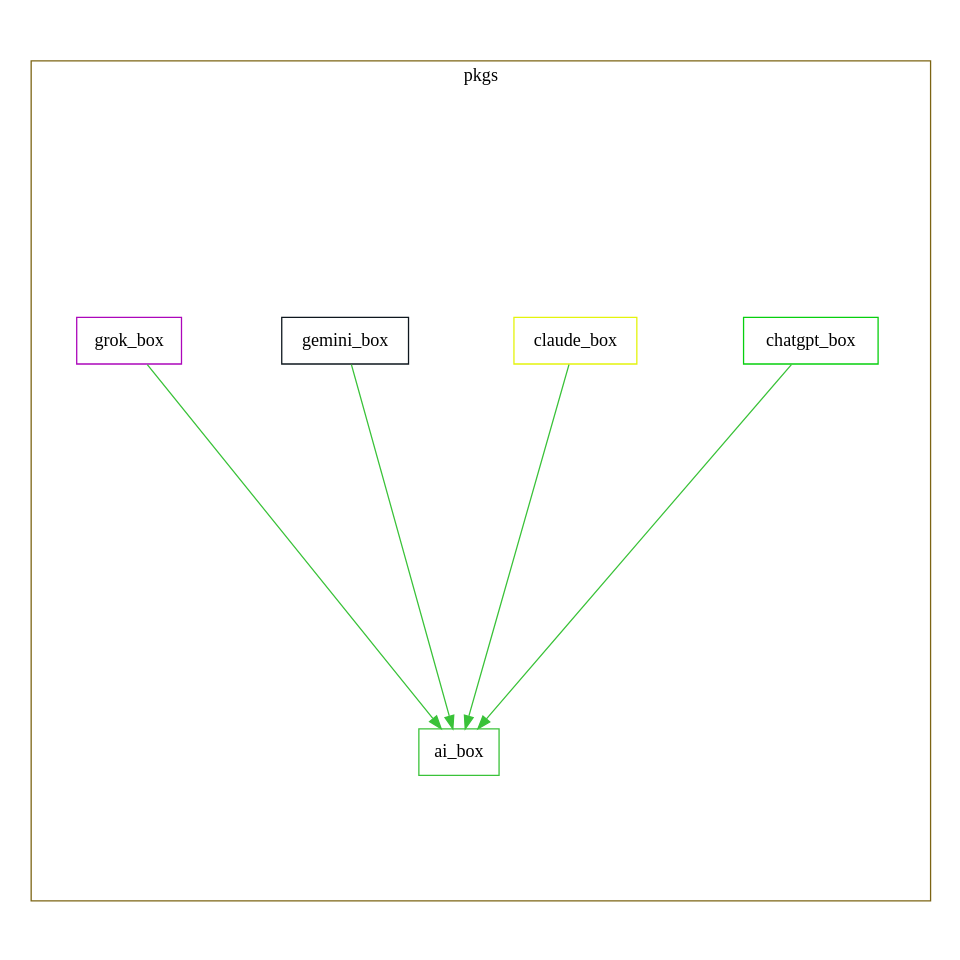
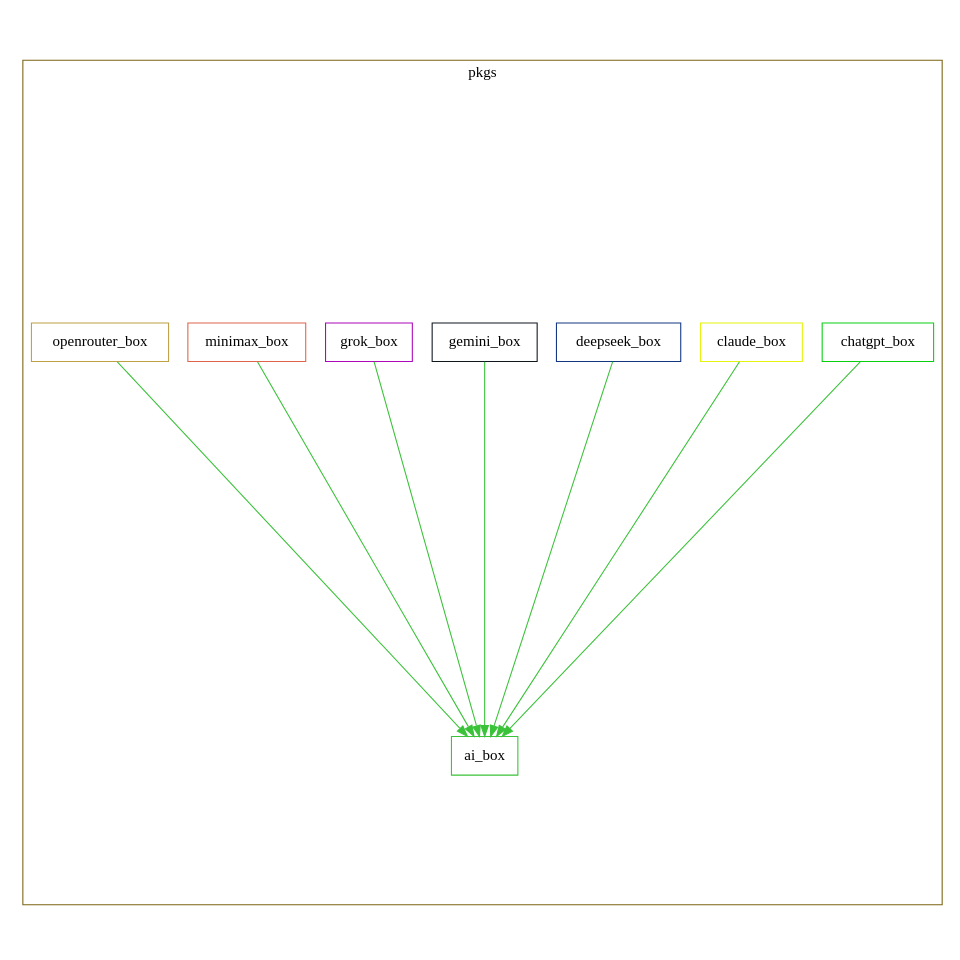
One commit to normidar/ai_box changed the diagram in gviz.dot. Above: the diagram before and after it, drawn with Graphviz. The commit also changed other lines of this file and 46 other files, not shown here.

```diff
--- a/gviz.dot
+++ b/gviz.dot
@@ -1,21 +1,30 @@
 digraph packages {
   size="10"; ratio=fill;
   ai_box [shape="box"; color="#3ac239"];
   chatgpt_box [shape="box"; color="#07cf0e"];
   claude_box [shape="box"; color="#e4f40c"];
+  deepseek_box [shape="box"; color="#123782"];
   gemini_box [shape="box"; color="#0e171e"];
   grok_box [shape="box"; color="#ac07ba"];
+  minimax_box [shape="box"; color="#df6549"];
+  openrouter_box [shape="box"; color="#bea045"];
   chatgpt_box -> ai_box [style="filled"; color="#3ac239"];
   claude_box -> ai_box [style="filled"; color="#3ac239"];
+  deepseek_box -> ai_box [style="filled"; color="#3ac239"];
   gemini_box -> ai_box [style="filled"; color="#3ac239"];
   grok_box -> ai_box [style="filled"; color="#3ac239"];
+  minimax_box -> ai_box [style="filled"; color="#3ac239"];
+  openrouter_box -> ai_box [style="filled"; color="#3ac239"];
   subgraph "cluster pkgs" {
     label="pkgs";
     color="#7c6413";
     ai_box;
     chatgpt_box;
     claude_box;
+    deepseek_box;
     gemini_box;
     grok_box;
+    minimax_box;
+    openrouter_box;
   }
 }
```
